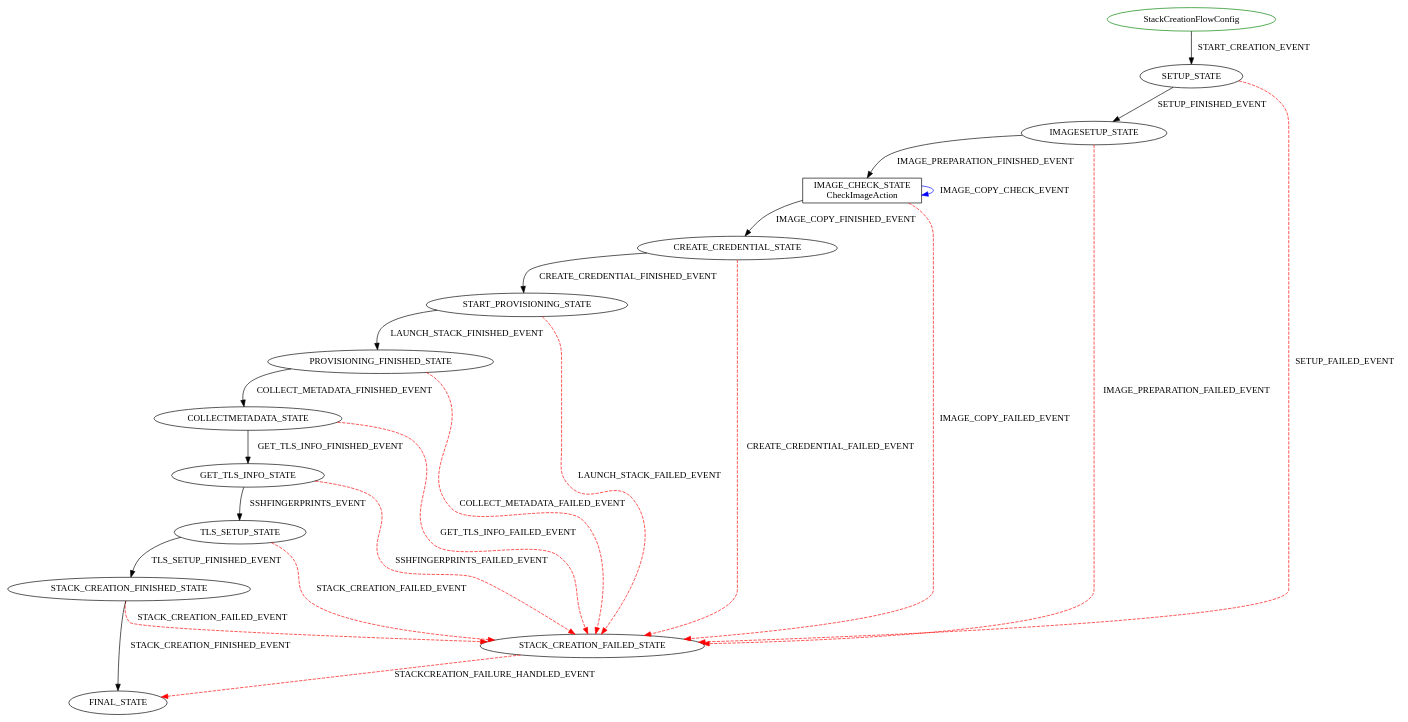
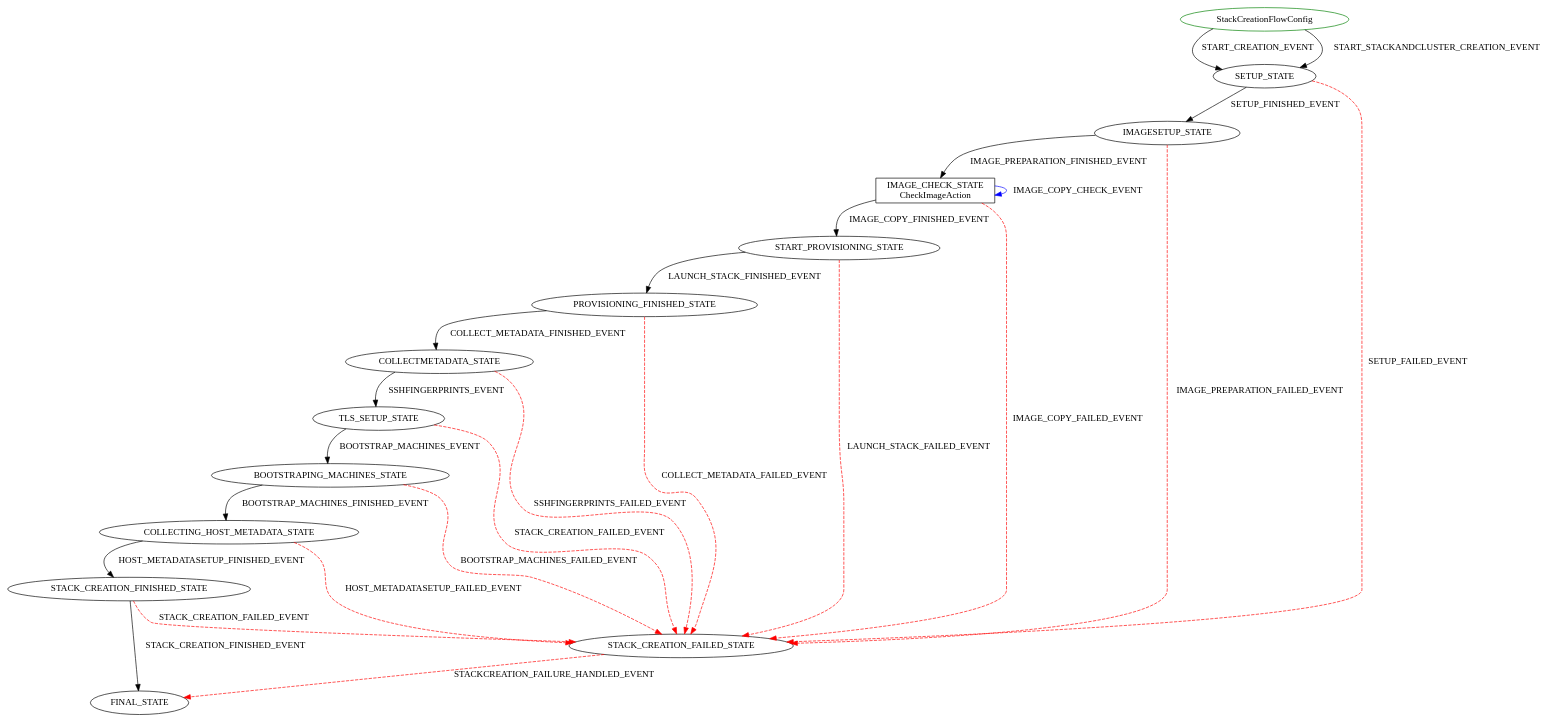
One commit to hortonworks/cloudbreak-docs changed the diagram in latest/diagrams/StackCreationFlowConfig.dot. Above: the diagram before and after it, drawn with Graphviz. The commit also changed 55 other files, not shown here.

```diff
--- a/latest/diagrams/StackCreationFlowConfig.dot
+++ b/latest/diagrams/StackCreationFlowConfig.dot
@@ -1,27 +1,28 @@
 digraph {
 INIT_STATE [label="StackCreationFlowConfig" shape=ellipse color=green];
 INIT_STATE -> SETUP_STATE [label="START_CREATION_EVENT" color=black style=solid];
+INIT_STATE -> SETUP_STATE [label="START_STACKANDCLUSTER_CREATION_EVENT" color=black style=solid];
 SETUP_STATE -> IMAGESETUP_STATE [label="SETUP_FINISHED_EVENT" color=black style=solid];
 SETUP_STATE -> STACK_CREATION_FAILED_STATE [label="SETUP_FAILED_EVENT" color=red style=dashed];
 STACK_CREATION_FAILED_STATE -> FINAL_STATE [label="STACKCREATION_FAILURE_HANDLED_EVENT" color=red style=dashed];
 IMAGE_CHECK_STATE [label="IMAGE_CHECK_STATE\nCheckImageAction" shape=rect color=black];
 IMAGESETUP_STATE -> IMAGE_CHECK_STATE [label="IMAGE_PREPARATION_FINISHED_EVENT" color=black style=solid];
 IMAGESETUP_STATE -> STACK_CREATION_FAILED_STATE [label="IMAGE_PREPARATION_FAILED_EVENT" color=red style=dashed];
 IMAGE_CHECK_STATE -> IMAGE_CHECK_STATE [label="IMAGE_COPY_CHECK_EVENT" color=blue style=solid];
 IMAGE_CHECK_STATE -> STACK_CREATION_FAILED_STATE [label="IMAGE_COPY_FAILED_EVENT" color=red style=dashed];
-IMAGE_CHECK_STATE -> CREATE_CREDENTIAL_STATE [label="IMAGE_COPY_FINISHED_EVENT" color=black style=solid];
-CREATE_CREDENTIAL_STATE -> START_PROVISIONING_STATE [label="CREATE_CREDENTIAL_FINISHED_EVENT" color=black style=solid];
-CREATE_CREDENTIAL_STATE -> STACK_CREATION_FAILED_STATE [label="CREATE_CREDENTIAL_FAILED_EVENT" color=red style=dashed];
+IMAGE_CHECK_STATE -> START_PROVISIONING_STATE [label="IMAGE_COPY_FINISHED_EVENT" color=black style=solid];
 START_PROVISIONING_STATE -> PROVISIONING_FINISHED_STATE [label="LAUNCH_STACK_FINISHED_EVENT" color=black style=solid];
 START_PROVISIONING_STATE -> STACK_CREATION_FAILED_STATE [label="LAUNCH_STACK_FAILED_EVENT" color=red style=dashed];
 PROVISIONING_FINISHED_STATE -> COLLECTMETADATA_STATE [label="COLLECT_METADATA_FINISHED_EVENT" color=black style=solid];
 PROVISIONING_FINISHED_STATE -> STACK_CREATION_FAILED_STATE [label="COLLECT_METADATA_FAILED_EVENT" color=red style=dashed];
-COLLECTMETADATA_STATE -> GET_TLS_INFO_STATE [label="GET_TLS_INFO_FINISHED_EVENT" color=black style=solid];
-COLLECTMETADATA_STATE -> STACK_CREATION_FAILED_STATE [label="GET_TLS_INFO_FAILED_EVENT" color=red style=dashed];
-GET_TLS_INFO_STATE -> TLS_SETUP_STATE [label="SSHFINGERPRINTS_EVENT" color=black style=solid];
-GET_TLS_INFO_STATE -> STACK_CREATION_FAILED_STATE [label="SSHFINGERPRINTS_FAILED_EVENT" color=red style=dashed];
-TLS_SETUP_STATE -> STACK_CREATION_FINISHED_STATE [label="TLS_SETUP_FINISHED_EVENT" color=black style=solid];
+COLLECTMETADATA_STATE -> TLS_SETUP_STATE [label="SSHFINGERPRINTS_EVENT" color=black style=solid];
+COLLECTMETADATA_STATE -> STACK_CREATION_FAILED_STATE [label="SSHFINGERPRINTS_FAILED_EVENT" color=red style=dashed];
+TLS_SETUP_STATE -> BOOTSTRAPING_MACHINES_STATE [label="BOOTSTRAP_MACHINES_EVENT" color=black style=solid];
 TLS_SETUP_STATE -> STACK_CREATION_FAILED_STATE [label="STACK_CREATION_FAILED_EVENT" color=red style=dashed];
+BOOTSTRAPING_MACHINES_STATE -> COLLECTING_HOST_METADATA_STATE [label="BOOTSTRAP_MACHINES_FINISHED_EVENT" color=black style=solid];
+BOOTSTRAPING_MACHINES_STATE -> STACK_CREATION_FAILED_STATE [label="BOOTSTRAP_MACHINES_FAILED_EVENT" color=red style=dashed];
+COLLECTING_HOST_METADATA_STATE -> STACK_CREATION_FINISHED_STATE [label="HOST_METADATASETUP_FINISHED_EVENT" color=black style=solid];
+COLLECTING_HOST_METADATA_STATE -> STACK_CREATION_FAILED_STATE [label="HOST_METADATASETUP_FAILED_EVENT" color=red style=dashed];
 STACK_CREATION_FINISHED_STATE -> FINAL_STATE [label="STACK_CREATION_FINISHED_EVENT" color=black style=solid];
 STACK_CREATION_FINISHED_STATE -> STACK_CREATION_FAILED_STATE [label="STACK_CREATION_FAILED_EVENT" color=red style=dashed];
 }
```
